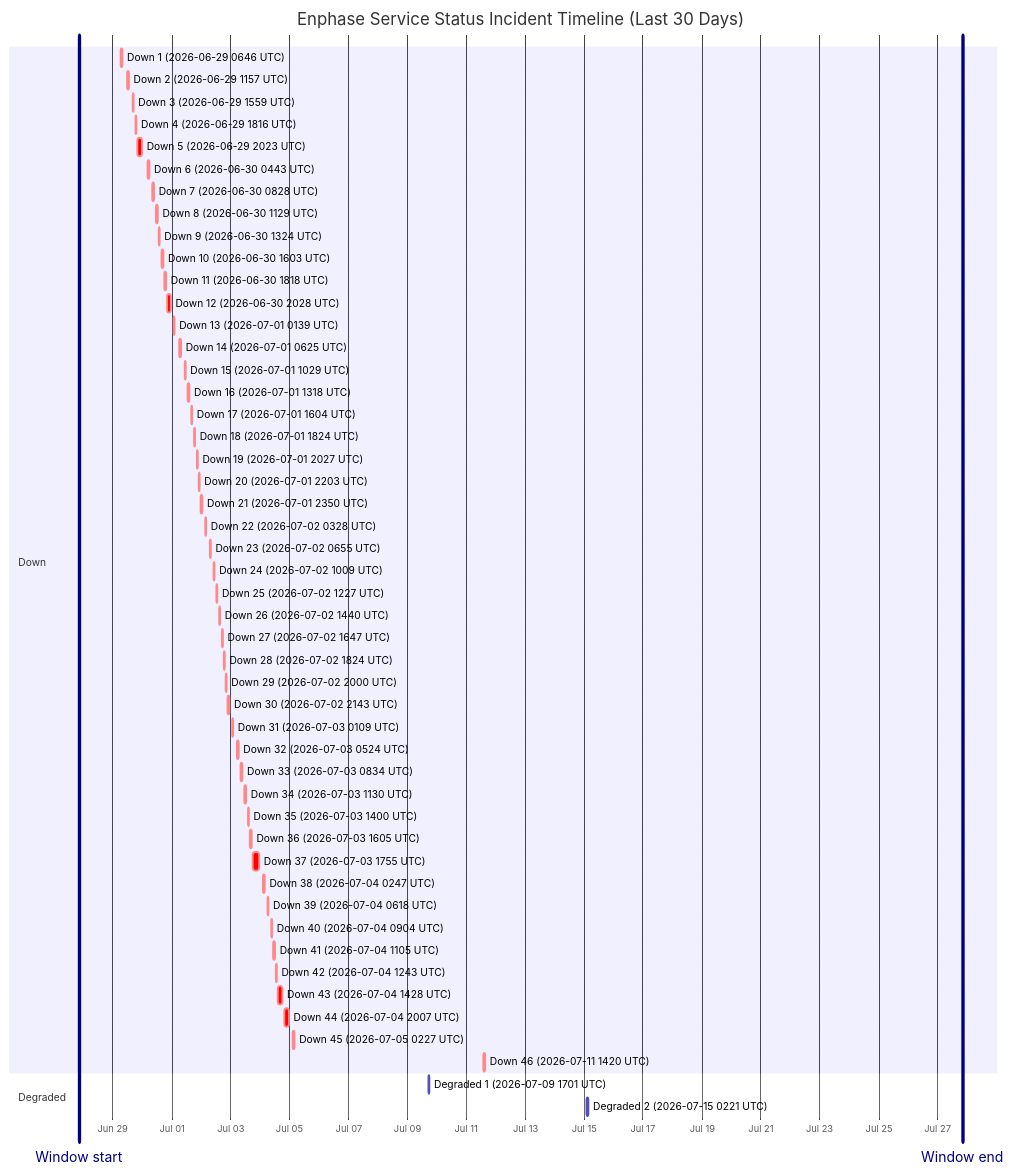
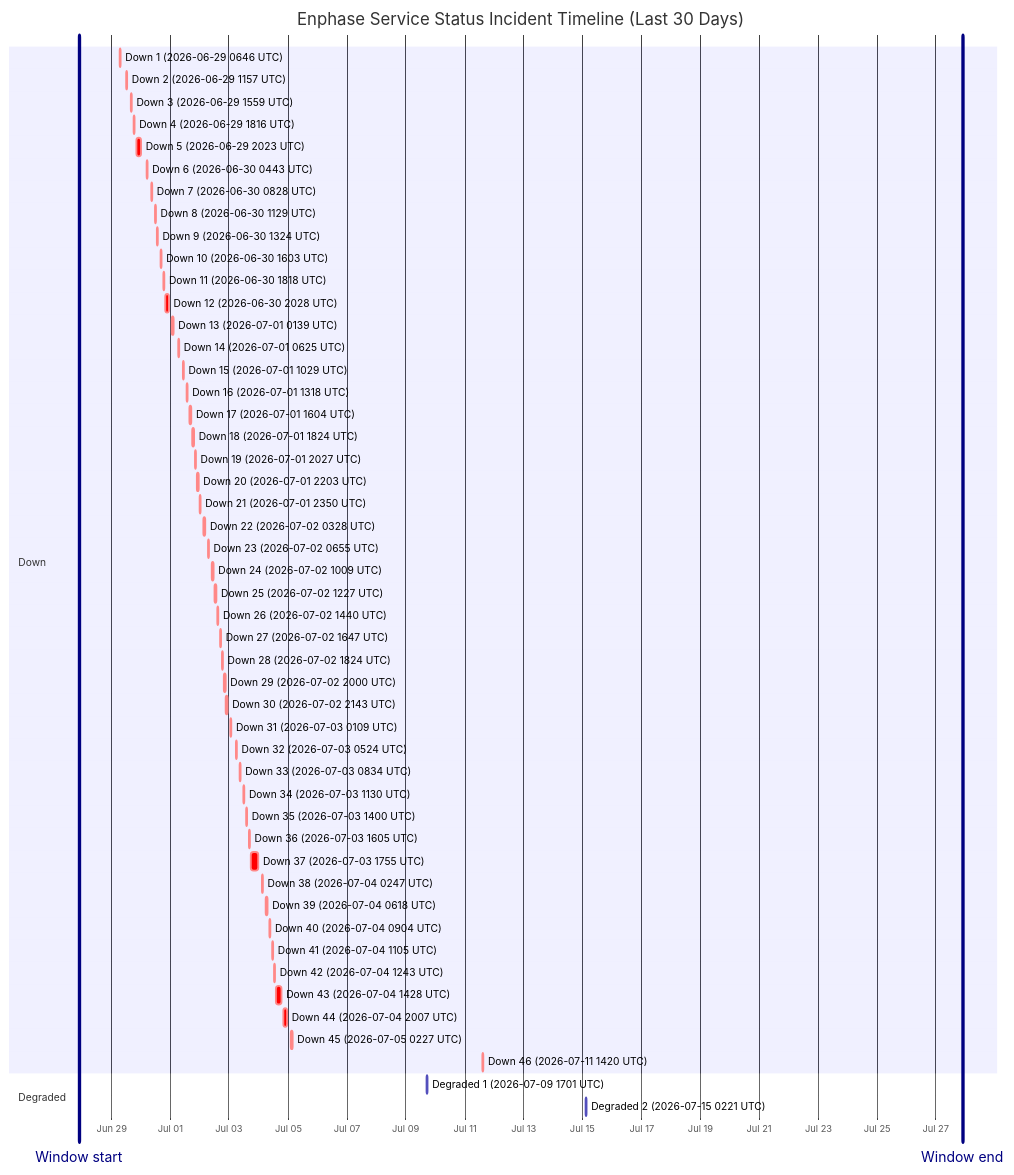
The diagram in wiki/Service-Status-History.md (barneyonline/ha-enphase-energy), drawn with Mermaid before and after one commit. The commit also changed other lines of this file and 3 other files, not shown here.

````diff
--- a/wiki/Service-Status-History.md
+++ b/wiki/Service-Status-History.md
@@ -14,58 +14,58 @@
 ```mermaid
 gantt
     title Enphase Service Status Incident Timeline (Last 30 Days)
     dateFormat  YYYY-MM-DDTHH:mm:ss
     axisFormat  %b %d
-    Window start :vert, window-start, 2026-06-27T20:20:52, 0ms
-    Window end :vert, window-end, 2026-07-27T20:20:52, 0ms
+    Window start :vert, window-start, 2026-06-27T21:37:49, 0ms
+    Window end :vert, window-end, 2026-07-27T21:37:49, 0ms
     section Down
     Down 1 (2026-06-29 0646 UTC) :crit, down-1, 2026-06-29T06:46:18, 60m
     Down 2 (2026-06-29 1157 UTC) :crit, down-2, 2026-06-29T11:57:36, 60m
     Down 3 (2026-06-29 1559 UTC) :crit, down-3, 2026-06-29T15:59:02, 60m
     Down 4 (2026-06-29 1816 UTC) :crit, down-4, 2026-06-29T18:16:38, 60m
     Down 5 (2026-06-29 2023 UTC) :crit, down-5, 2026-06-29T20:23:16, 220m
     Down 6 (2026-06-30 0443 UTC) :crit, down-6, 2026-06-30T04:43:54, 60m
     Down 7 (2026-06-30 0828 UTC) :crit, down-7, 2026-06-30T08:28:43, 60m
     Down 8 (2026-06-30 1129 UTC) :crit, down-8, 2026-06-30T11:29:15, 60m
     Down 9 (2026-06-30 1324 UTC) :crit, down-9, 2026-06-30T13:24:25, 60m
     Down 10 (2026-06-30 1603 UTC) :crit, down-10, 2026-06-30T16:03:26, 60m
     Down 11 (2026-06-30 1818 UTC) :crit, down-11, 2026-06-30T18:18:39, 60m
     Down 12 (2026-06-30 2028 UTC) :crit, down-12, 2026-06-30T20:28:54, 171m
     Down 13 (2026-07-01 0139 UTC) :crit, down-13, 2026-07-01T01:39:18, 60m
     Down 14 (2026-07-01 0625 UTC) :crit, down-14, 2026-07-01T06:25:35, 60m
     Down 15 (2026-07-01 1029 UTC) :crit, down-15, 2026-07-01T10:29:24, 60m
     Down 16 (2026-07-01 1318 UTC) :crit, down-16, 2026-07-01T13:18:31, 60m
     Down 17 (2026-07-01 1604 UTC) :crit, down-17, 2026-07-01T16:04:29, 60m
     Down 18 (2026-07-01 1824 UTC) :crit, down-18, 2026-07-01T18:24:21, 60m
     Down 19 (2026-07-01 2027 UTC) :crit, down-19, 2026-07-01T20:27:17, 60m
     Down 20 (2026-07-01 2203 UTC) :crit, down-20, 2026-07-01T22:03:46, 60m
     Down 21 (2026-07-01 2350 UTC) :crit, down-21, 2026-07-01T23:50:52, 60m
     Down 22 (2026-07-02 0328 UTC) :crit, down-22, 2026-07-02T03:28:33, 60m
     Down 23 (2026-07-02 0655 UTC) :crit, down-23, 2026-07-02T06:55:07, 60m
     Down 24 (2026-07-02 1009 UTC) :crit, down-24, 2026-07-02T10:09:15, 60m
     Down 25 (2026-07-02 1227 UTC) :crit, down-25, 2026-07-02T12:27:49, 60m
     Down 26 (2026-07-02 1440 UTC) :crit, down-26, 2026-07-02T14:40:53, 60m
     Down 27 (2026-07-02 1647 UTC) :crit, down-27, 2026-07-02T16:47:47, 60m
     Down 28 (2026-07-02 1824 UTC) :crit, down-28, 2026-07-02T18:24:26, 60m
     Down 29 (2026-07-02 2000 UTC) :crit, down-29, 2026-07-02T20:00:57, 60m
     Down 30 (2026-07-02 2143 UTC) :crit, down-30, 2026-07-02T21:43:52, 80m
     Down 31 (2026-07-03 0109 UTC) :crit, down-31, 2026-07-03T01:09:19, 60m
     Down 32 (2026-07-03 0524 UTC) :crit, down-32, 2026-07-03T05:24:23, 60m
     Down 33 (2026-07-03 0834 UTC) :crit, down-33, 2026-07-03T08:34:05, 60m
     Down 34 (2026-07-03 1130 UTC) :crit, down-34, 2026-07-03T11:30:41, 60m
     Down 35 (2026-07-03 1400 UTC) :crit, down-35, 2026-07-03T14:00:48, 60m
     Down 36 (2026-07-03 1605 UTC) :crit, down-36, 2026-07-03T16:05:49, 60m
     Down 37 (2026-07-03 1755 UTC) :crit, down-37, 2026-07-03T17:55:54, 338m
     Down 38 (2026-07-04 0247 UTC) :crit, down-38, 2026-07-04T02:47:22, 60m
     Down 39 (2026-07-04 0618 UTC) :crit, down-39, 2026-07-04T06:18:09, 60m
     Down 40 (2026-07-04 0904 UTC) :crit, down-40, 2026-07-04T09:04:41, 60m
     Down 41 (2026-07-04 1105 UTC) :crit, down-41, 2026-07-04T11:05:21, 60m
     Down 42 (2026-07-04 1243 UTC) :crit, down-42, 2026-07-04T12:43:25, 60m
     Down 43 (2026-07-04 1428 UTC) :crit, down-43, 2026-07-04T14:28:07, 243m
     Down 44 (2026-07-04 2007 UTC) :crit, down-44, 2026-07-04T20:07:50, 206m
     Down 45 (2026-07-05 0227 UTC) :crit, down-45, 2026-07-05T02:27:32, 109m
     Down 46 (2026-07-11 1420 UTC) :crit, down-46, 2026-07-11T14:20:54, 69m
     section Degraded
     Degraded 1 (2026-07-09 1701 UTC) :active, degraded-1, 2026-07-09T17:01:02, 60m
     Degraded 2 (2026-07-15 0221 UTC) :active, degraded-2, 2026-07-15T02:21:35, 60m
 ```
````
